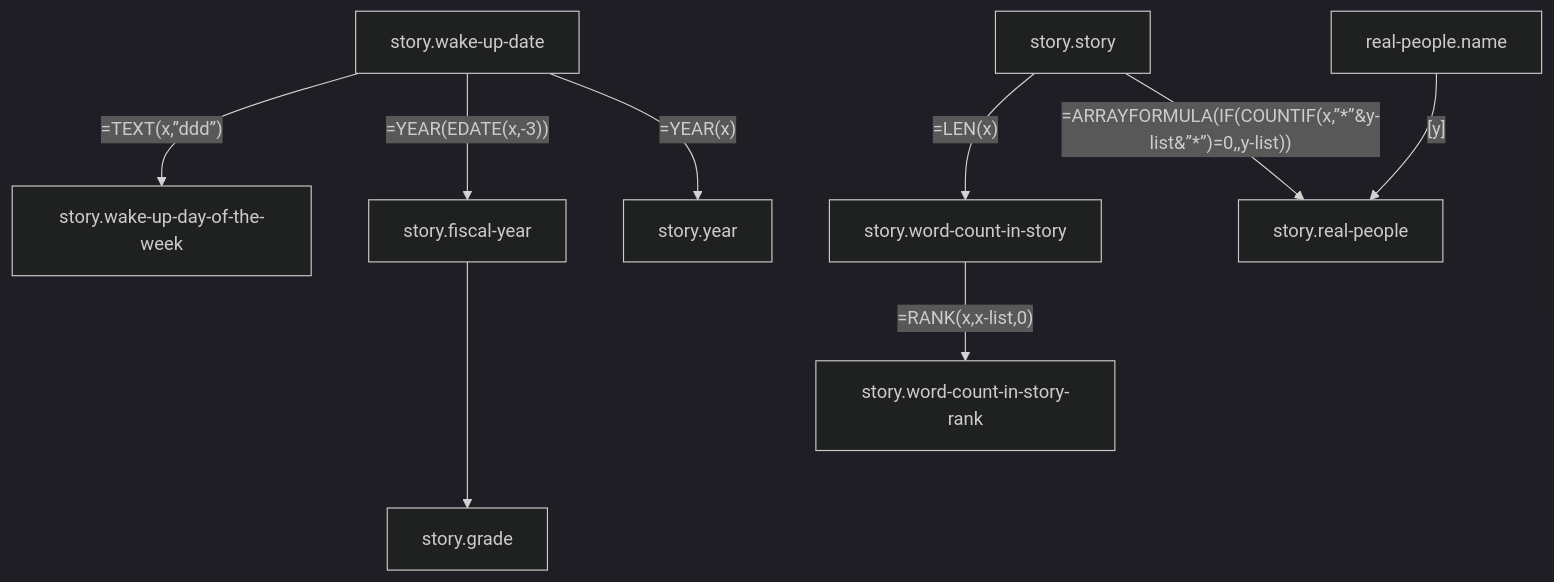
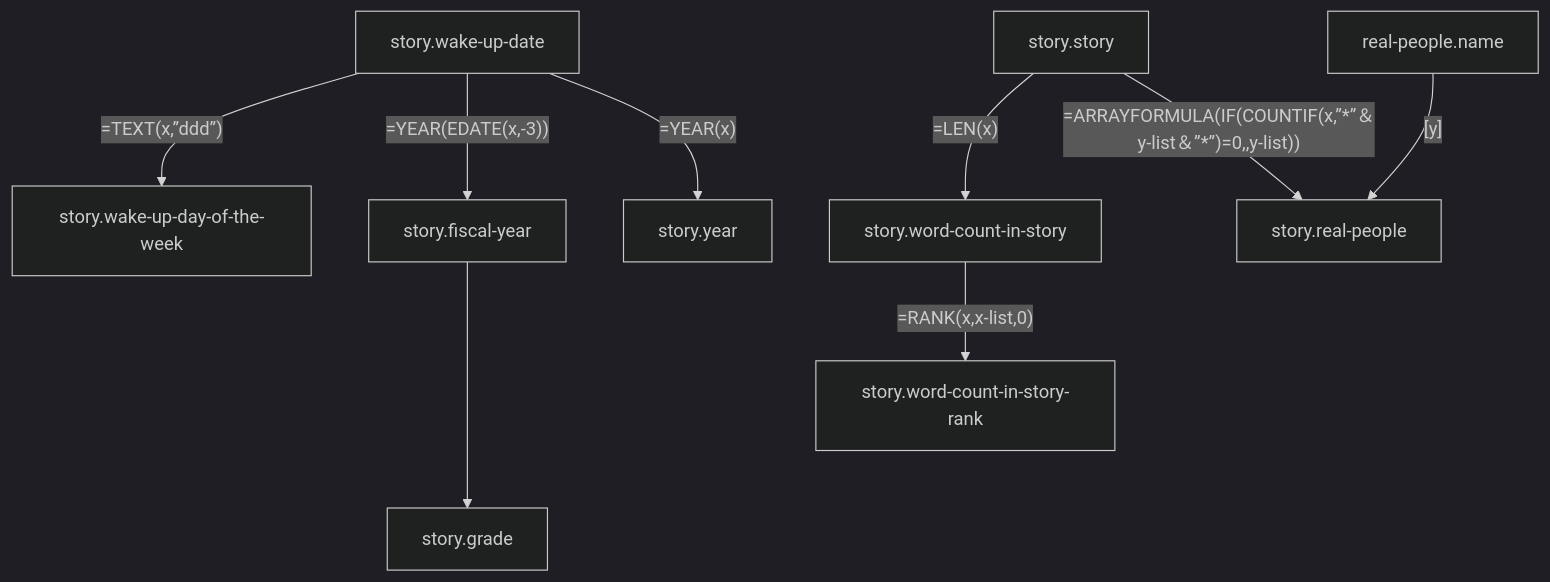
The first of 5 diagrams in README.md (AsPJT/dream-dataset-harper), drawn with Mermaid (dark theme) before and after one commit. The commit also changed other lines of this file, not shown here.

````diff
--- a/README.md
+++ b/README.md
@@ -27,11 +27,11 @@
 ```mermaid
 flowchart TD
   story.wake-up-date --"=TEXT(x,”ddd”)"--> story.wake-up-day-of-the-week
   story.wake-up-date --"=YEAR(EDATE(x,-3))"--> story.fiscal-year
   story.wake-up-date --"=YEAR(x)"--> story.year
   story.story --"=LEN(x)"--> story.word-count-in-story
   story.word-count-in-story --"=RANK(x,x-list,0)"--> story.word-count-in-story-rank
-  story.story --"=ARRAYFORMULA(IF(COUNTIF(x,”*”&y-list&”*”)=0,,y-list))"--> story.real-people
+  story.story --"=ARRAYFORMULA(IF(COUNTIF(x,”*”＆y-list＆”*”)=0,,y-list))"--> story.real-people
   real-people.name --"[y]"--> story.real-people
   story.fiscal-year ---> story.grade
 ```
````
